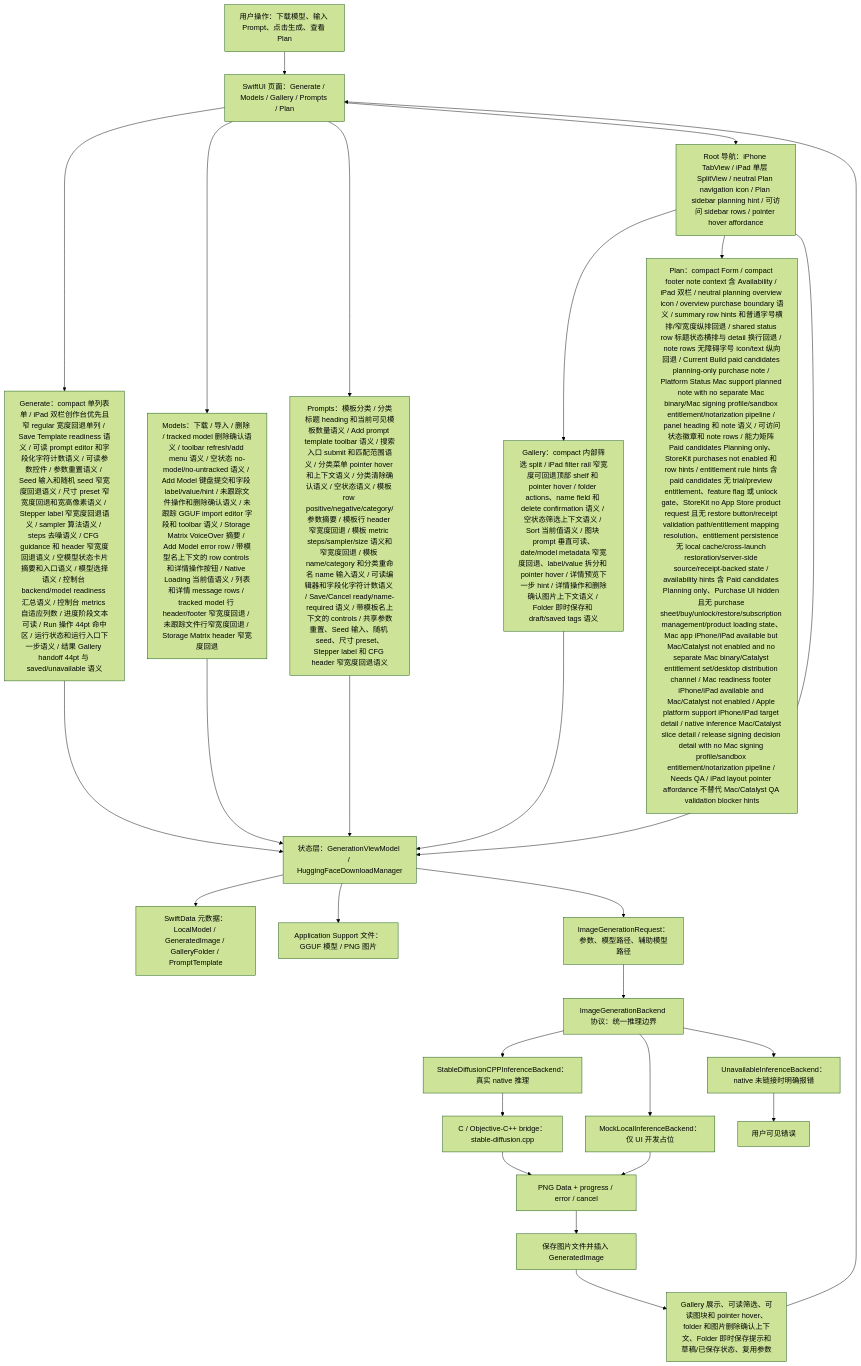
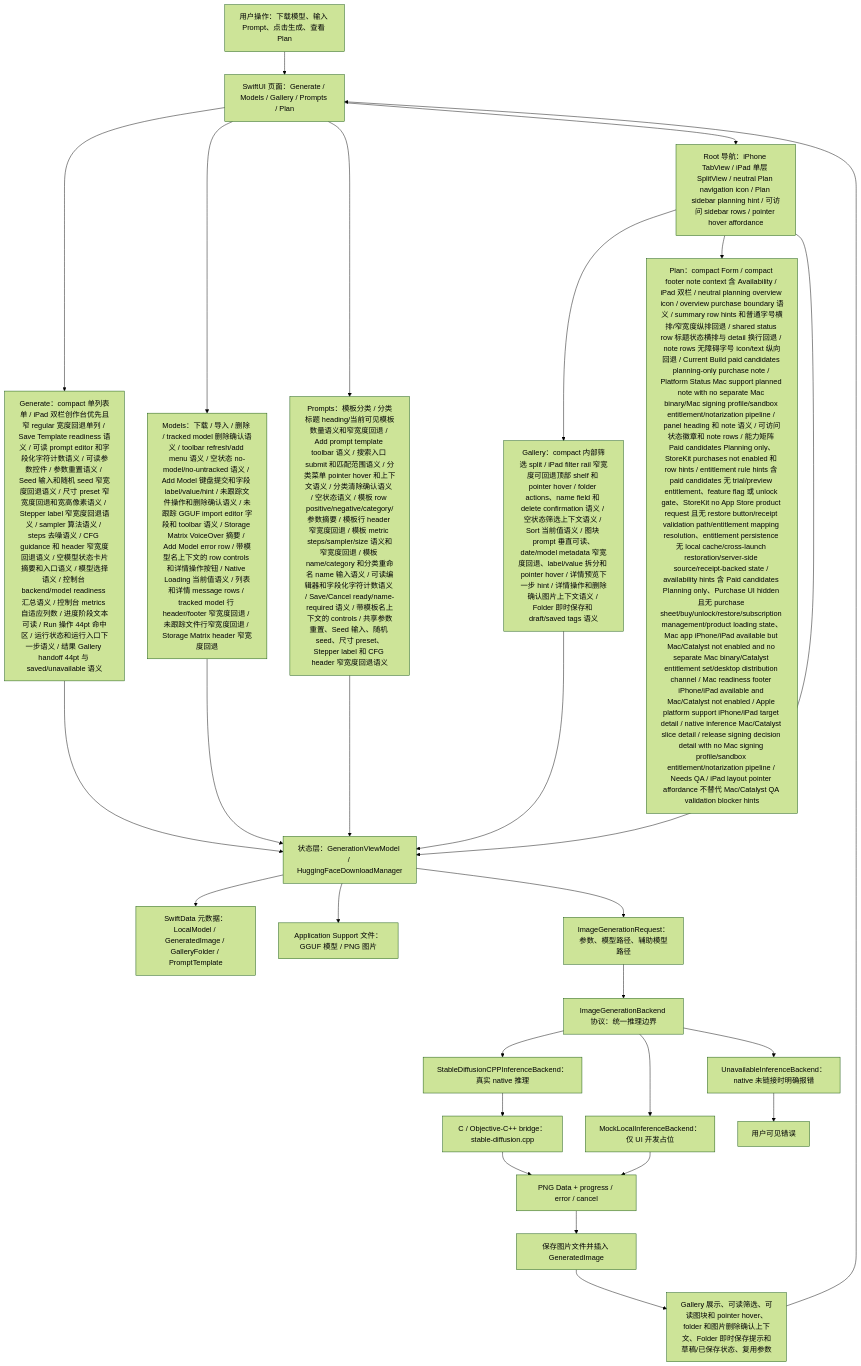
One commit to Altman-sam114/118 changed the first of 7 diagrams in md/flow/flowchart.md. Above: the diagram before and after it, drawn with Mermaid (forest theme). The commit also changed 5 other files, not shown here.

First line of the commit message:
v1.141: Prompt category header fallback

````diff
--- a/md/flow/flowchart.md
+++ b/md/flow/flowchart.md
@@ -9,29 +9,29 @@
 ```mermaid
 flowchart TD
   U["用户操作：下载模型、输入 Prompt、点击生成、查看 Plan"] --> UI["SwiftUI 页面：Generate / Models / Gallery / Prompts / Plan"]
   UI --> GENUI["Generate：compact 单列表单 / iPad 双栏创作台优先且窄 regular 宽度回退单列 / Save Template readiness 语义 / 可读 prompt editor 和字段化字符计数语义 / 可读参数控件 / 参数重置语义 / Seed 输入和随机 seed 窄宽度回退语义 / 尺寸 preset 窄宽度回退和宽高像素语义 / Stepper label 窄宽度回退语义 / sampler 算法语义 / steps 去噪语义 / CFG guidance 和 header 窄宽度回退语义 / 空模型状态卡片摘要和入口语义 / 模型选择语义 / 控制台 backend/model readiness 汇总语义 / 控制台 metrics 自适应列数 / 进度阶段文本可读 / Run 操作 44pt 命中区 / 运行状态和运行入口下一步语义 / 结果 Gallery handoff 44pt 与 saved/unavailable 语义"]
   UI --> MODELUI["Models：下载 / 导入 / 删除 / tracked model 删除确认语义 / toolbar refresh/add menu 语义 / 空状态 no-model/no-untracked 语义 / Add Model 键盘提交和字段 label/value/hint / 未跟踪文件操作和删除确认语义 / 未跟踪 GGUF import editor 字段和 toolbar 语义 / Storage Matrix VoiceOver 摘要 / Add Model error row / 带模型名上下文的 row controls 和详情操作按钮 / Native Loading 当前值语义 / 列表和详情 message rows / tracked model 行 header/footer 窄宽度回退 / 未跟踪文件行窄宽度回退 / Storage Matrix header 窄宽度回退"]
-  UI --> PROMPTUI["Prompts：模板分类 / 分类标题 heading 和当前可见模板数量语义 / Add prompt template toolbar 语义 / 搜索入口 submit 和匹配范围语义 / 分类菜单 pointer hover 和上下文语义 / 分类清除确认语义 / 空状态语义 / 模板 row positive/negative/category/参数摘要 / 模板行 header 窄宽度回退 / 模板 metric steps/sampler/size 语义和窄宽度回退 / 模板 name/category 和分类重命名 name 输入语义 / 可读编辑器和字段化字符计数语义 / Save/Cancel ready/name-required 语义 / 带模板名上下文的 controls / 共享参数重置、Seed 输入、随机 seed、尺寸 preset、Stepper label 和 CFG header 窄宽度回退语义"]
+  UI --> PROMPTUI["Prompts：模板分类 / 分类标题 heading/当前可见模板数量语义和窄宽度回退 / Add prompt template toolbar 语义 / 搜索入口 submit 和匹配范围语义 / 分类菜单 pointer hover 和上下文语义 / 分类清除确认语义 / 空状态语义 / 模板 row positive/negative/category/参数摘要 / 模板行 header 窄宽度回退 / 模板 metric steps/sampler/size 语义和窄宽度回退 / 模板 name/category 和分类重命名 name 输入语义 / 可读编辑器和字段化字符计数语义 / Save/Cancel ready/name-required 语义 / 带模板名上下文的 controls / 共享参数重置、Seed 输入、随机 seed、尺寸 preset、Stepper label 和 CFG header 窄宽度回退语义"]
   UI --> NAV["Root 导航：iPhone TabView / iPad 单层 SplitView / neutral Plan navigation icon / Plan sidebar planning hint / 可访问 sidebar rows / pointer hover affordance"]
   NAV --> GALUI["Gallery：compact 内部筛选 split / iPad filter rail 窄宽度可回退顶部 shelf 和 pointer hover / folder actions、name field 和 delete confirmation 语义 / 空状态筛选上下文语义 / Sort 当前值语义 / 图块 prompt 垂直可读、date/model metadata 窄宽度回退、label/value 拆分和 pointer hover / 详情预览下一步 hint / 详情操作和删除确认图片上下文语义 / Folder 即时保存和 draft/saved tags 语义"]
   NAV --> PLANUI["Plan：compact Form / compact footer note context 含 Availability / iPad 双栏 / neutral planning overview icon / overview purchase boundary 语义 / summary row hints 和普通字号横排/窄宽度纵排回退 / shared status row 标题状态横排与 detail 换行回退 / note rows 无障碍字号 icon/text 纵向回退 / Current Build paid candidates planning-only purchase note / Platform Status Mac support planned note with no separate Mac binary/Mac signing profile/sandbox entitlement/notarization pipeline / panel heading 和 note 语义 / 可访问状态徽章和 note rows / 能力矩阵 Paid candidates Planning only、StoreKit purchases not enabled 和 row hints / entitlement rule hints 含 paid candidates 无 trial/preview entitlement、feature flag 或 unlock gate、StoreKit no App Store product request 且无 restore button/receipt validation path/entitlement mapping resolution、entitlement persistence 无 local cache/cross-launch restoration/server-side source/receipt-backed state / availability hints 含 Paid candidates Planning only、Purchase UI hidden 且无 purchase sheet/buy/unlock/restore/subscription management/product loading state、Mac app iPhone/iPad available but Mac/Catalyst not enabled and no separate Mac binary/Catalyst entitlement set/desktop distribution channel / Mac readiness footer iPhone/iPad available and Mac/Catalyst not enabled / Apple platform support iPhone/iPad target detail / native inference Mac/Catalyst slice detail / release signing decision detail with no Mac signing profile/sandbox entitlement/notarization pipeline / Needs QA / iPad layout pointer affordance 不替代 Mac/Catalyst QA validation blocker hints"]
   NAV --> VM["状态层：GenerationViewModel / HuggingFaceDownloadManager"]
   GENUI --> VM
   MODELUI --> VM
   PROMPTUI --> VM
   GALUI --> VM
   VM --> SD["SwiftData 元数据：LocalModel / GeneratedImage / GalleryFolder / PromptTemplate"]
   VM --> FS["Application Support 文件：GGUF 模型 / PNG 图片"]
   VM --> REQ["ImageGenerationRequest：参数、模型路径、辅助模型路径"]
   REQ --> IFACE["ImageGenerationBackend 协议：统一推理边界"]
   IFACE --> NATIVE["StableDiffusionCPPInferenceBackend：真实 native 推理"]
   IFACE --> MOCK["MockLocalInferenceBackend：仅 UI 开发占位"]
   IFACE --> OFF["UnavailableInferenceBackend：native 未链接时明确报错"]
   NATIVE --> BRIDGE["C / Objective-C++ bridge：stable-diffusion.cpp"]
   BRIDGE --> PNG["PNG Data + progress / error / cancel"]
   MOCK --> PNG
   OFF --> ERR["用户可见错误"]
   PNG --> SAVE["保存图片文件并插入 GeneratedImage"]
   SAVE --> GALLERY["Gallery 展示、可读筛选、可读图块和 pointer hover、folder 和图片删除确认上下文、Folder 即时保存提示和草稿/已保存状态、复用参数"]
   GALLERY --> UI
 ```
````
